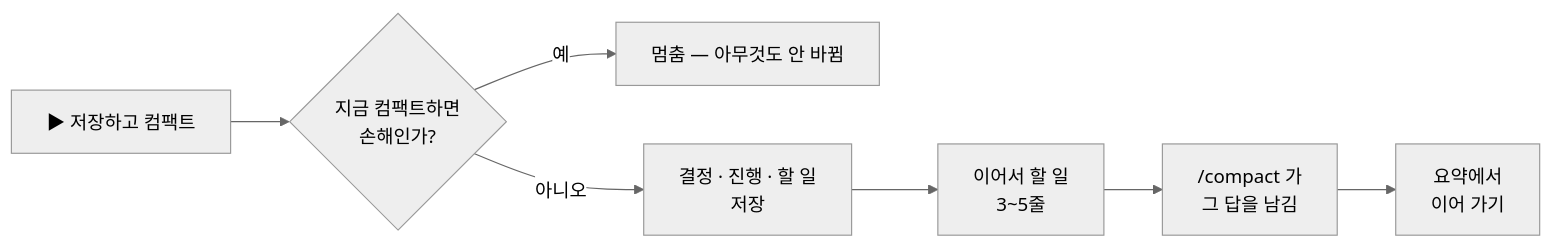
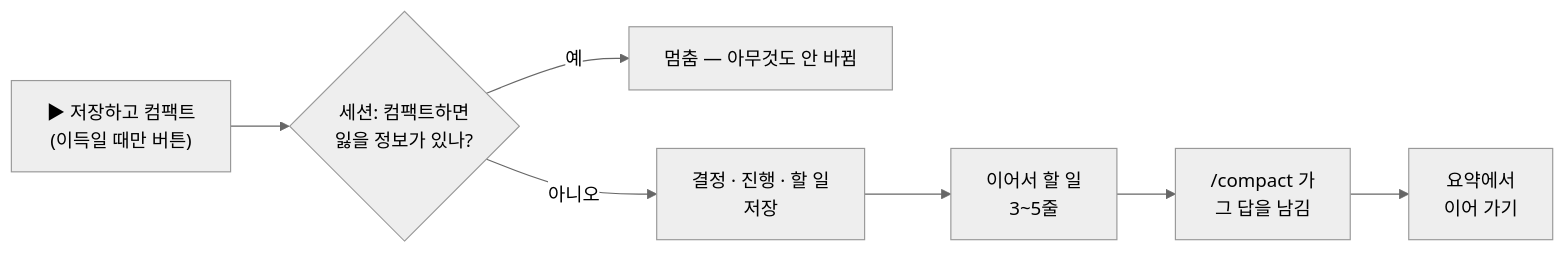
The diagram in README.ko.md (JaeSeongHa5280/easy-compact), drawn with Mermaid (neutral theme) before and after one commit. The commit also changed other lines of this file and 35 other files, not shown here.

````diff
--- a/README.ko.md
+++ b/README.ko.md
@@ -168,9 +190,9 @@
 ```mermaid
 flowchart LR
-  A["▶ 저장하고 컴팩트"] --> B{"지금 컴팩트하면<br/>손해인가?"}
+  A["▶ 저장하고 컴팩트<br/>(이득일 때만 버튼)"] --> B{"세션: 컴팩트하면<br/>잃을 정보가 있나?"}
   B -- 예 --> H["멈춤 — 아무것도 안 바뀜"]
   B -- 아니오 --> C["결정 · 진행 · 할 일<br/>저장"]
   C --> D["이어서 할 일<br/>3~5줄"]
   D --> E["/compact 가<br/>그 답을 남김"]
   E --> F["요약에서<br/>이어 가기"]
 ```
````
